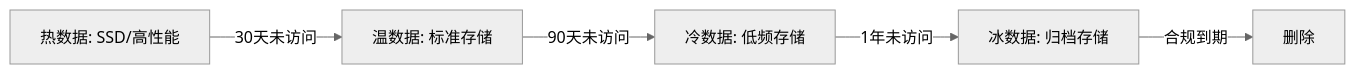
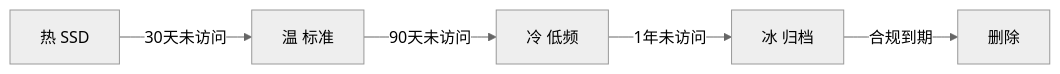
The diagram in 基础知识/大数据/16-大数据成本优化.md (tghrxxxyyy/knowledge-base), drawn with Mermaid (neutral theme) before and after one commit. The commit also changed other lines of this file and 9 other files, not shown here.

````diff
--- a/基础知识/大数据/16-大数据成本优化.md
+++ b/基础知识/大数据/16-大数据成本优化.md
@@ -54,7 +73,7 @@
 ```mermaid
-graph LR
-    H[热数据: SSD/高性能] -->|30天未访问| W[温数据: 标准存储]
-    W -->|90天未访问| C[冷数据: 低频存储]
-    C -->|1年未访问| I[冰数据: 归档存储]
+flowchart LR
+    H[热 SSD] -->|30天未访问| W[温 标准]
+    W -->|90天未访问| C[冷 低频]
+    C -->|1年未访问| I[冰 归档]
     I -->|合规到期| D[删除]
 ```
````
